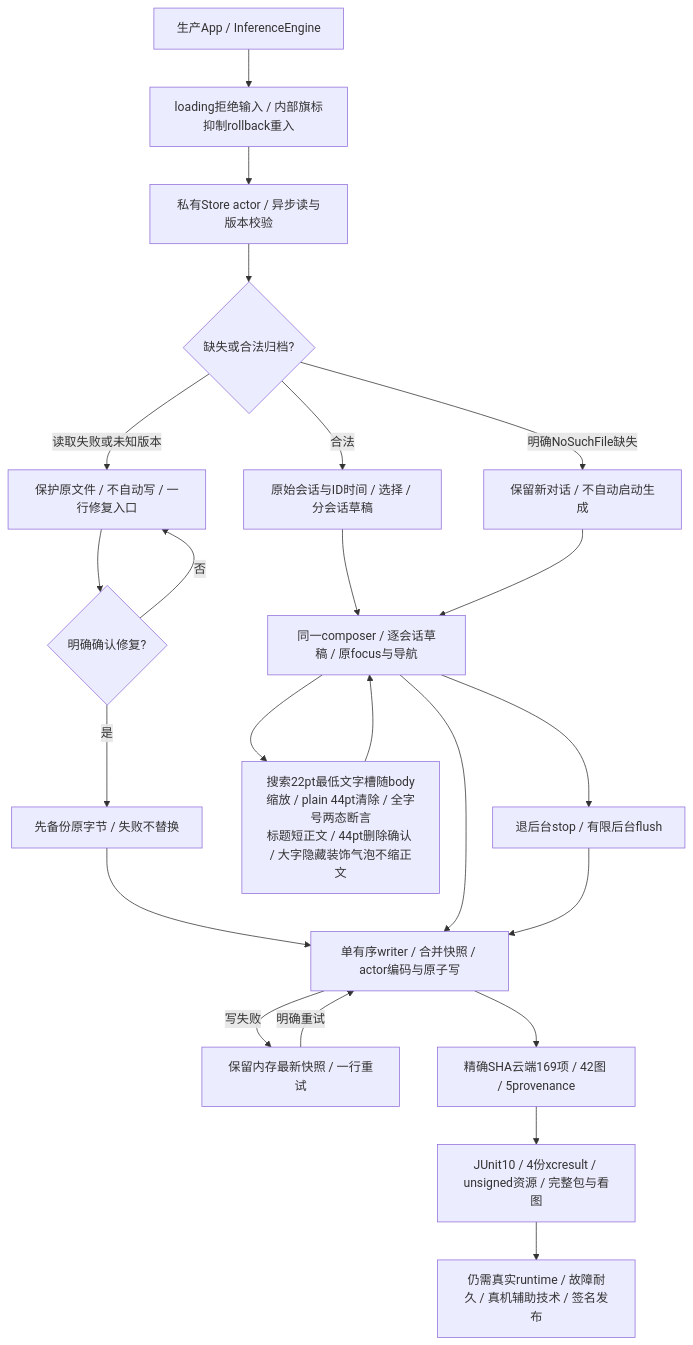
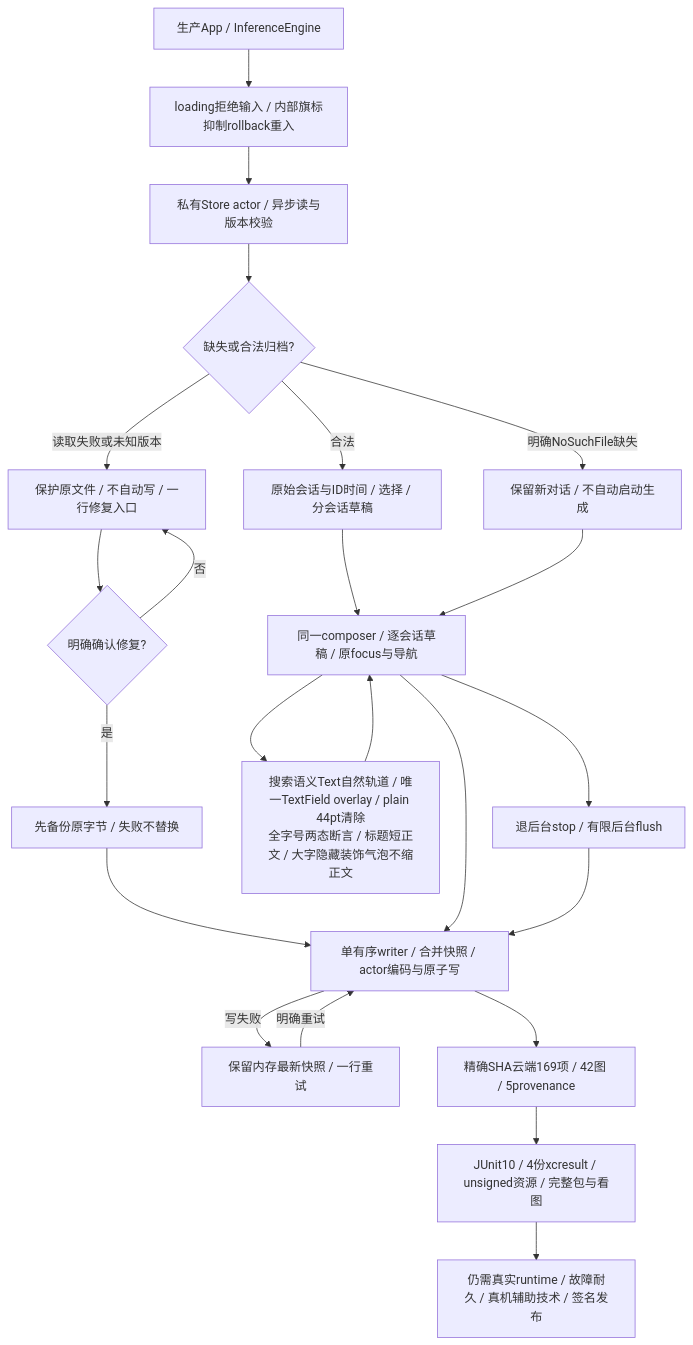
The first of 30 diagrams in md/flow/flowchart.md (Altman-sam114/113), drawn with Mermaid before and after one commit. The commit also changed other lines of this file and 8 other files, not shown here.

````diff
--- a/md/flow/flowchart.md
+++ b/md/flow/flowchart.md
@@ -11,27 +13,27 @@
 ```mermaid
 flowchart TD
     %% 生产显式注入，测试默认内存隔离
     App[生产App / InferenceEngine] --> Loading[loading拒绝输入 / 内部旗标抑制rollback重入]
     Loading --> Load[私有Store actor / 异步读与版本校验]
     Load --> Valid{缺失或合法归档?}
     Valid -- 合法 --> Restore[原始会话与ID时间 / 选择 / 分会话草稿]
     Valid -- 明确NoSuchFile缺失 --> Seed[保留新对话 / 不自动启动生成]
     Valid -- 读取失败或未知版本 --> Protected[保护原文件 / 不自动写 / 一行修复入口]
     Protected --> Confirm{明确确认修复?}
     Confirm -- 否 --> Protected
     Confirm -- 是 --> Backup[先备份原字节 / 失败不替换]
     Backup --> Writer[单有序writer / 合并快照 / actor编码与原子写]
     Restore --> Edit[同一composer / 逐会话草稿 / 原focus与导航]
     Seed --> Edit
     Edit --> Writer
     Writer -- 写失败 --> Retry[保留内存最新快照 / 一行重试]
     Retry -- 明确重试 --> Writer
-    Edit --> History[搜索22pt最低文字槽随body缩放 / plain 44pt清除 / 全字号两态断言<br/>标题短正文 / 44pt删除确认 / 大字隐藏装饰气泡不缩正文]
+    Edit --> History[搜索语义Text自然轨道 / 唯一TextField overlay / plain 44pt清除<br/>全字号两态断言 / 标题短正文 / 大字隐藏装饰气泡不缩正文]
     History --> Edit
     Edit --> Background[退后台stop / 有限后台flush]
     Background --> Writer
     %% 宿主图不是完整模拟器或真机证据
     Writer --> Cloud[精确SHA云端169项 / 42图 / 5provenance]
     Cloud --> Review[JUnit10 / 4份xcresult / unsigned资源 / 完整包与看图]
     Review --> Gates[仍需真实runtime / 故障耐久 / 真机辅助技术 / 签名发布]
 ```
````
